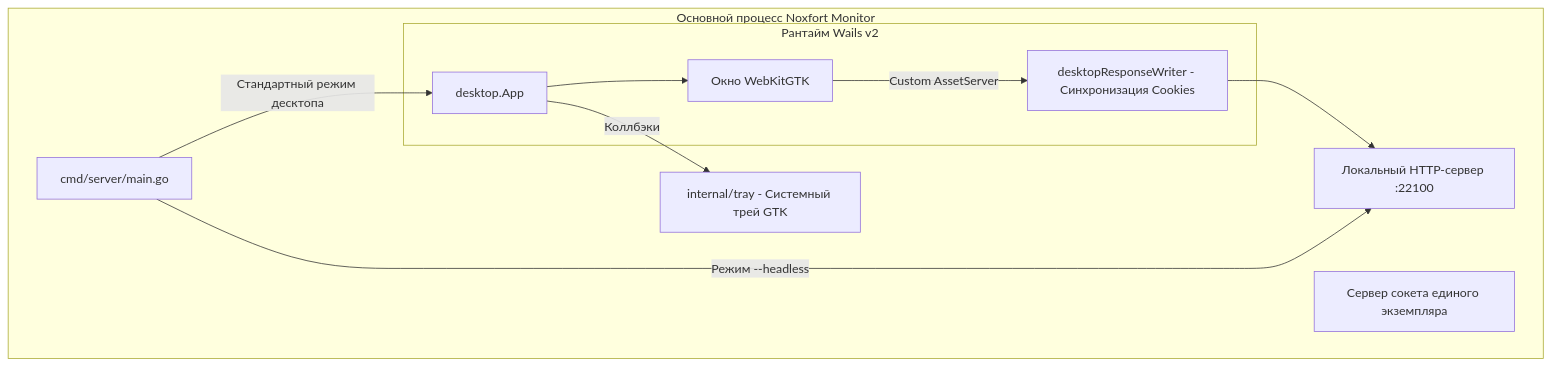
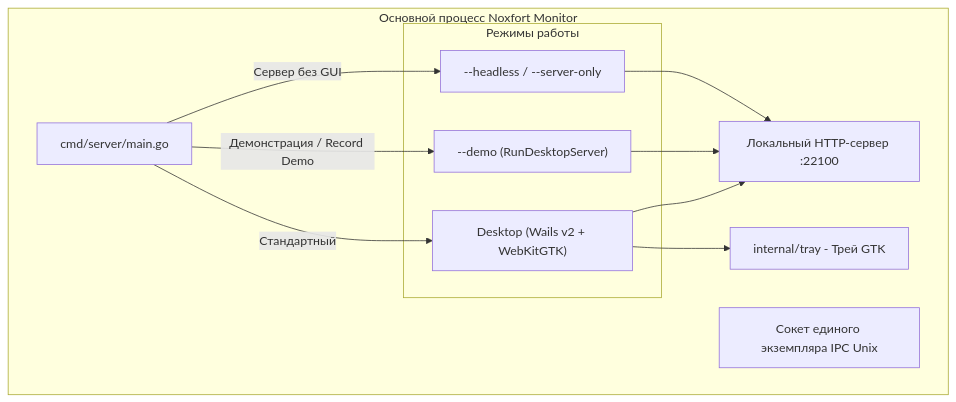
Before and after one commit to Noxfort-Systems-Brazil/MONITOR: the diagram in docs/ru/desktop_app.md, drawn with Mermaid. The commit also changed other lines of this file and 186 other files, not shown here.

````diff
--- a/docs/ru/desktop_app.md
+++ b/docs/ru/desktop_app.md
@@ -13,22 +11,23 @@
 ```mermaid
 graph TD
     subgraph "Основной процесс Noxfort Monitor"
         Main[cmd/server/main.go]
-        HTTP[Локальный HTTP-сервер :22100]
-        IPC[Сервер сокета единого экземпляра]
-        Tray[internal/tray - Системный трей GTK]
-        
-        subgraph "Рантайм Wails v2"
-            WailsApp[desktop.App]
-            WebKit[Окно WebKitGTK]
-            SessionBridge[desktopResponseWriter - Синхронизация Cookies]
+        HTTP["Локальный HTTP-сервер :22100"]
+        IPC[Сокет единого экземпляра IPC Unix]
+        Tray[internal/tray - Трей GTK]
+
+        subgraph "Режимы работы"
+            WailsApp["Desktop (Wails v2 + WebKitGTK)"]
+            DemoSrv["--demo (RunDesktopServer)"]
+            Headless["--headless / --server-only"]
         end
     end
 
-    Main -->|Стандартный режим десктопа| WailsApp
-    WailsApp --> WebKit
-    WebKit -->|Custom AssetServer| SessionBridge
-    SessionBridge --> HTTP
-    WailsApp -->|Коллбэки| Tray
-    Main -->|Режим --headless| HTTP
+    Main -->|Стандартный| WailsApp
+    Main -->|Демонстрация / Record Demo| DemoSrv
+    Main -->|Сервер без GUI| Headless
+    WailsApp --> HTTP
+    WailsApp --> Tray
+    DemoSrv --> HTTP
+    Headless --> HTTP
 ```
````
